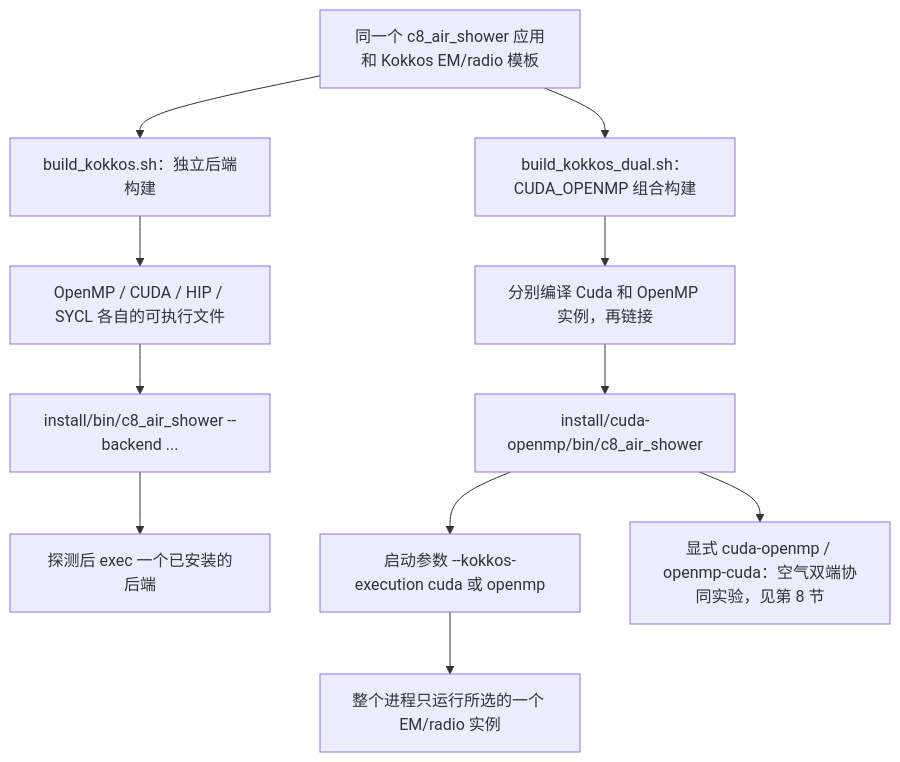
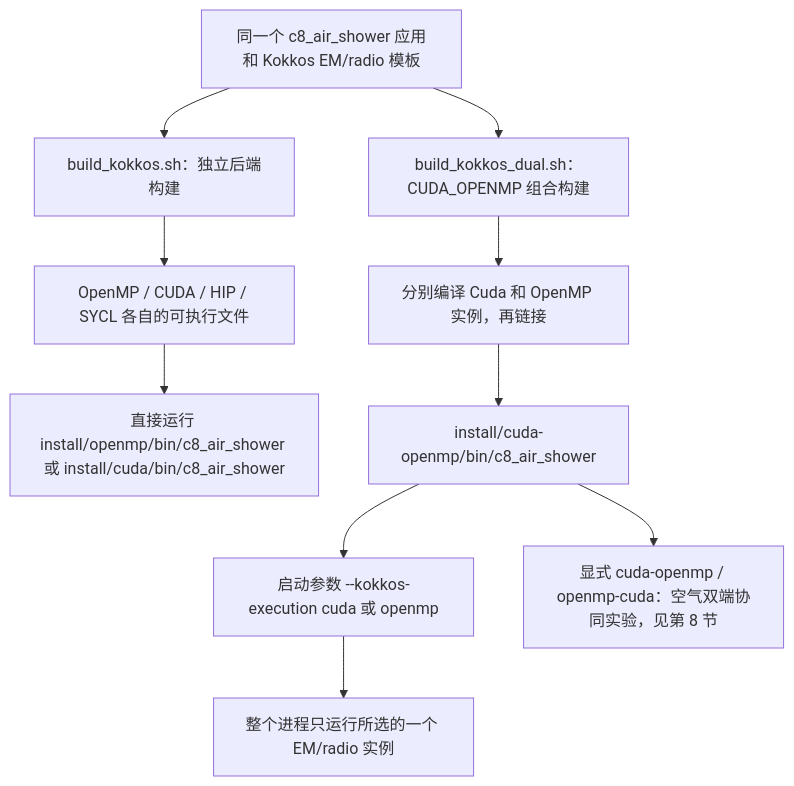
One commit to BossL668/CORSIKA8-kokkos changed the first of 2 diagrams in README_CN.md. Above: the diagram before and after it, drawn with Mermaid. The commit also changed other lines of this file and 16 other files, not shown here.

Commit message:
Remove Python air-shower launcher; document direct native binaries

````diff
--- a/README_CN.md
+++ b/README_CN.md
@@ -78,14 +83,13 @@
 ```mermaid
 flowchart TD
     SRC["同一个 c8_air_shower 应用和 Kokkos EM/radio 模板"]
     SRC --> SEP["build_kokkos.sh：独立后端构建"]
     SEP --> BINS["OpenMP / CUDA / HIP / SYCL 各自的可执行文件"]
-    BINS --> LAUNCH["install/bin/c8_air_shower --backend ..."]
-    LAUNCH --> EXEC["探测后 exec 一个已安装的后端"]
+    BINS --> EXEC["直接运行 install/openmp/bin/c8_air_shower 或 install/cuda/bin/c8_air_shower"]
     SRC --> DUAL["build_kokkos_dual.sh：CUDA_OPENMP 组合构建"]
     DUAL --> INST["分别编译 Cuda 和 OpenMP 实例，再链接"]
     INST --> ELF["install/cuda-openmp/bin/c8_air_shower"]
     ELF --> SELECT["启动参数 --kokkos-execution cuda 或 openmp"]
     SELECT --> ONE["整个进程只运行所选的一个 EM/radio 实例"]
     ELF --> COOP["显式 cuda-openmp / openmp-cuda：空气双端协同实验，见第 8 节"]
 ```
````
